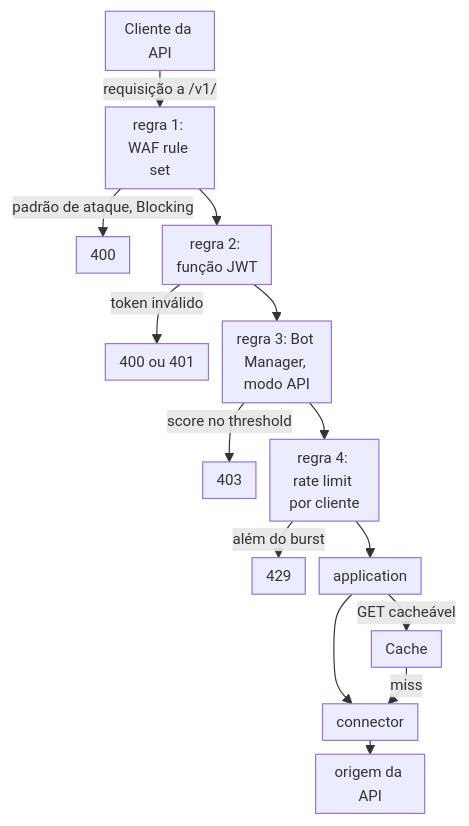
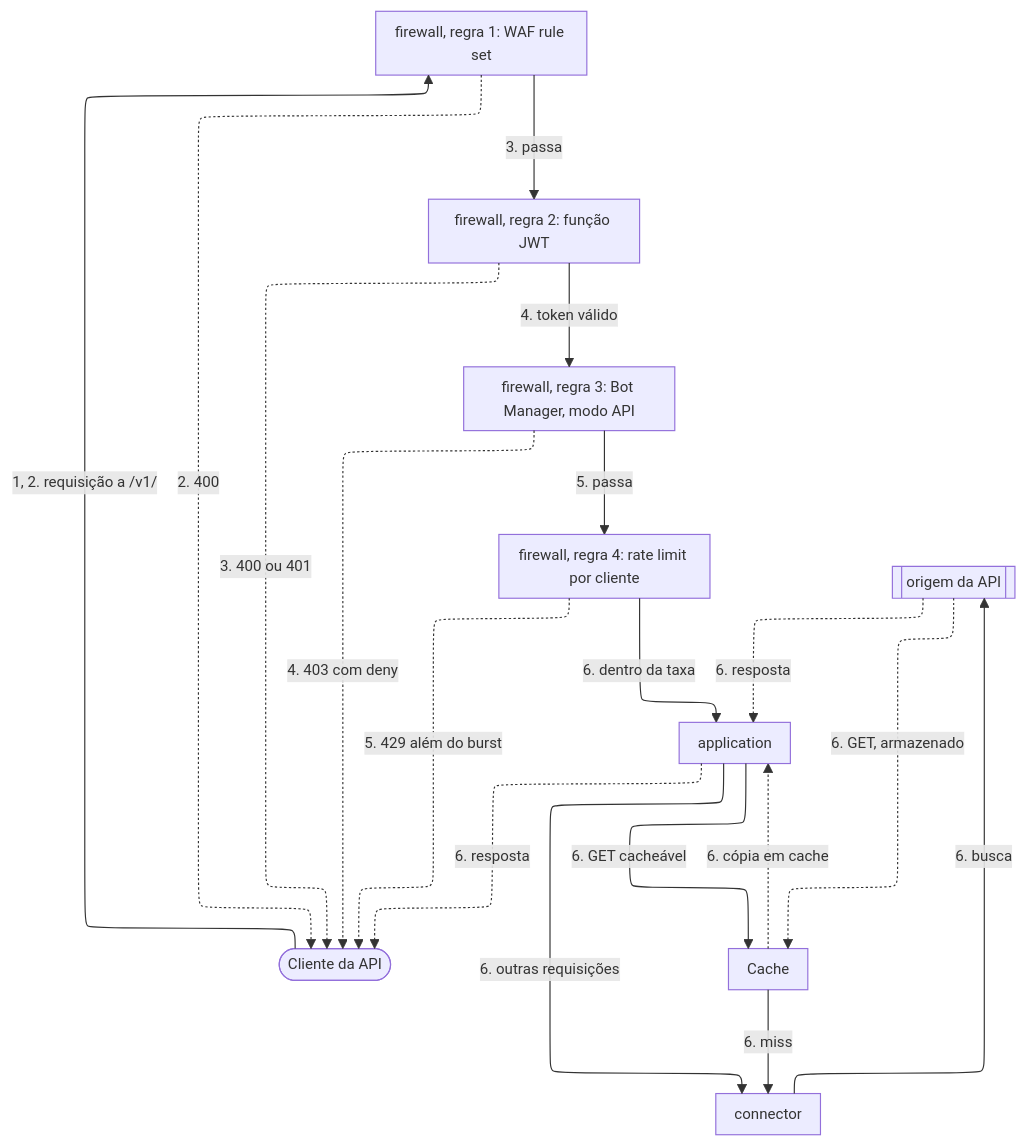
One commit to aziontech/docs changed the diagram in apps/docs/src/content/docs/pt-br/pages/casos-de-uso/proteger-aplicacoes-e-redes/proteger-apis-publicas-contra-abuso.mdx. Above: the diagram before and after it, drawn with Mermaid. The commit also changed other lines of this file and 55 other files, not shown here.

Commit message:
docs(use-cases): redraw the use-case diagrams with the way back and check their claims (#2509)

````diff
--- a/apps/docs/src/content/docs/pt-br/pages/casos-de-uso/proteger-aplicacoes-e-redes/proteger-apis-publicas-contra-abuso.mdx
+++ b/apps/docs/src/content/docs/pt-br/pages/casos-de-uso/proteger-aplicacoes-e-redes/proteger-apis-publicas-contra-abuso.mdx
@@ -47,17 +49,30 @@
 ```mermaid
-%%{init: {"layout": "dagre", "themeVariables": {"fontSize": "13px"}, "flowchart": {"nodeSpacing": 12, "rankSpacing": 12, "padding": 6, "wrappingWidth": 70, "minNodeWidth": 40, "useMaxWidth": true}}}%%
+%%{init: {"layout": "elk", "themeVariables": {"fontSize": "13px"}, "flowchart": {"nodeSpacing": 24, "rankSpacing": 36, "padding": 8, "wrappingWidth": 150, "useMaxWidth": true}, "sequence": {"width": 120, "actorMargin": 30, "useMaxWidth": true}}}%%
 flowchart TD
-  Client["Cliente da API"] -->|"requisição a /v1/"| WAF["regra 1: WAF rule set"]
-  WAF -->|"padrão de ataque, Blocking"| R400["400"]
-  WAF --> JWT["regra 2: função JWT"]
-  JWT -->|"token inválido"| R401["400 ou 401"]
-  JWT --> Bot["regra 3: Bot Manager, modo API"]
-  Bot -->|"score no threshold"| R403["403"]
-  Bot --> RL["regra 4: rate limit por cliente"]
-  RL -->|"além do burst"| R429["429"]
-  RL --> App["application"]
-  App -->|"GET cacheável"| Cache["Cache"]
-  App --> Conn["connector"]
-  Cache -->|"miss"| Conn
-  Conn --> Origin["origem da API"]
+  Client(["Cliente da API"])
+  WAF["firewall, regra 1: WAF rule set"]
+  JWT["firewall, regra 2: função JWT"]
+  Bot["firewall, regra 3: Bot Manager, modo API"]
+  RL["firewall, regra 4: rate limit por cliente"]
+  App["application"]
+  Cache["Cache"]
+  Conn["connector"]
+  Origin[["origem da API"]]
+  Client -->|"1, 2. requisição a /v1/"| WAF
+  WAF -->|"3. passa"| JWT
+  JWT -->|"4. token válido"| Bot
+  Bot -->|"5. passa"| RL
+  RL -->|"6. dentro da taxa"| App
+  App -->|"6. GET cacheável"| Cache
+  App -->|"6. outras requisições"| Conn
+  Cache -->|"6. miss"| Conn
+  Conn -->|"6. busca"| Origin
+  Origin -.->|"6. GET, armazenado"| Cache
+  Origin -.->|"6. resposta"| App
+  Cache -.->|"6. cópia em cache"| App
+  App -.->|"6. resposta"| Client
+  WAF -.->|"2. 400"| Client
+  JWT -.->|"3. 400 ou 401"| Client
+  Bot -.->|"4. 403 com deny"| Client
+  RL -.->|"5. 429 além do burst"| Client
 ```
````
